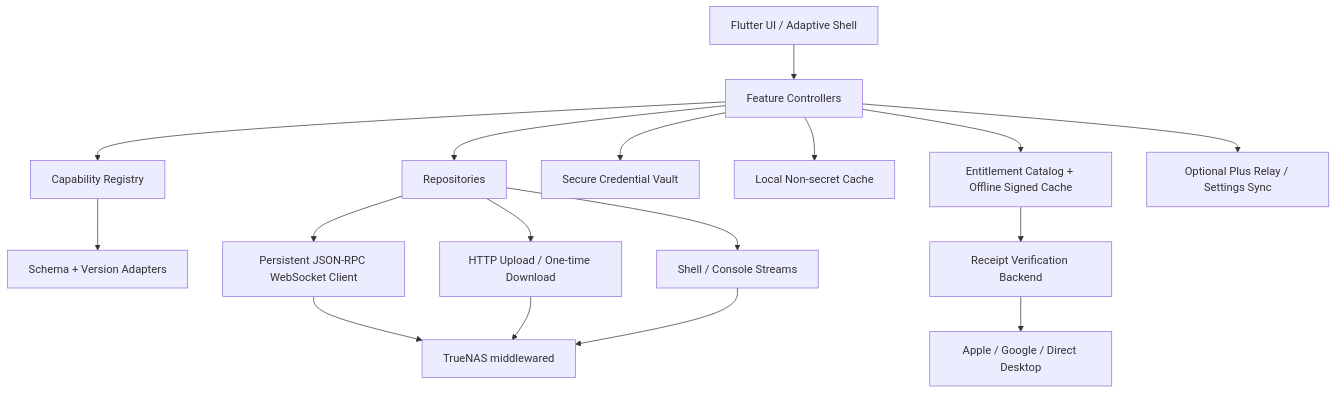
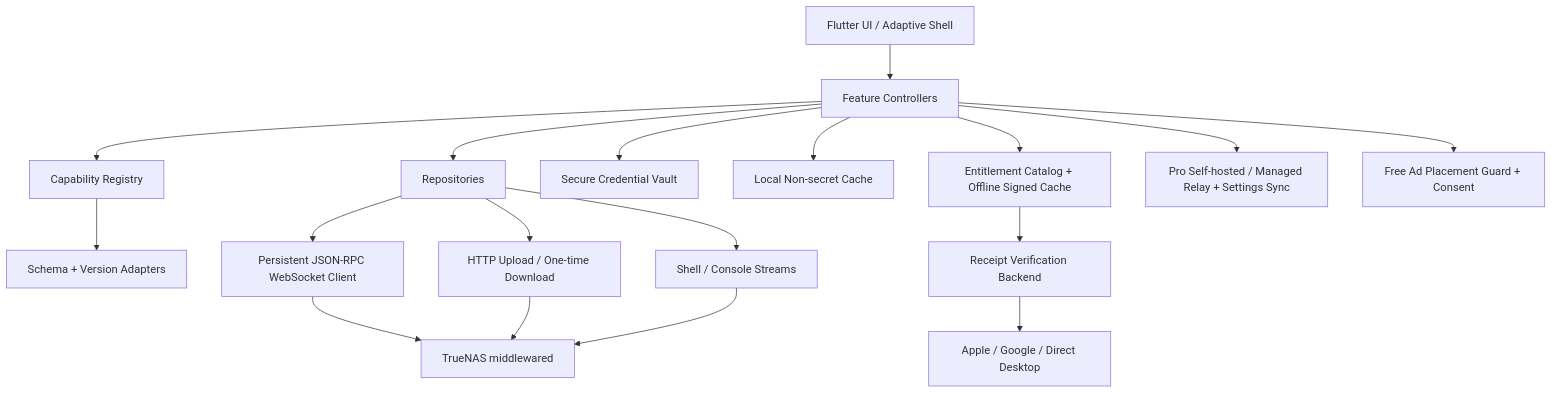
The diagram in docs/planning/TRUEDASH_PRODUCT_PLAN.md (Theorvane/TrueNavo), drawn with Mermaid before and after one commit. The commit also changed other lines of this file and 3 other files, not shown here.

````diff
--- a/docs/planning/TRUEDASH_PRODUCT_PLAN.md
+++ b/docs/planning/TRUEDASH_PRODUCT_PLAN.md
@@ -312,19 +313,20 @@
 ```mermaid
 graph TD
   UI[Flutter UI / Adaptive Shell] --> F[Feature Controllers]
   F --> C[Capability Registry]
   F --> R[Repositories]
   C --> S[Schema + Version Adapters]
   R --> W[Persistent JSON-RPC WebSocket Client]
   R --> H[HTTP Upload / One-time Download]
   R --> T[Shell / Console Streams]
   W --> TN[TrueNAS middlewared]
   H --> TN
   T --> TN
   F --> V[Secure Credential Vault]
   F --> L[Local Non-secret Cache]
   F --> E[Entitlement Catalog + Offline Signed Cache]
   E --> B[Receipt Verification Backend]
   B --> A[Apple / Google / Direct Desktop]
-  F --> P[Optional Plus Relay / Settings Sync]
+  F --> P[Pro Self-hosted / Managed Relay + Settings Sync]
+  F --> D[Free Ad Placement Guard + Consent]
 ```
````
